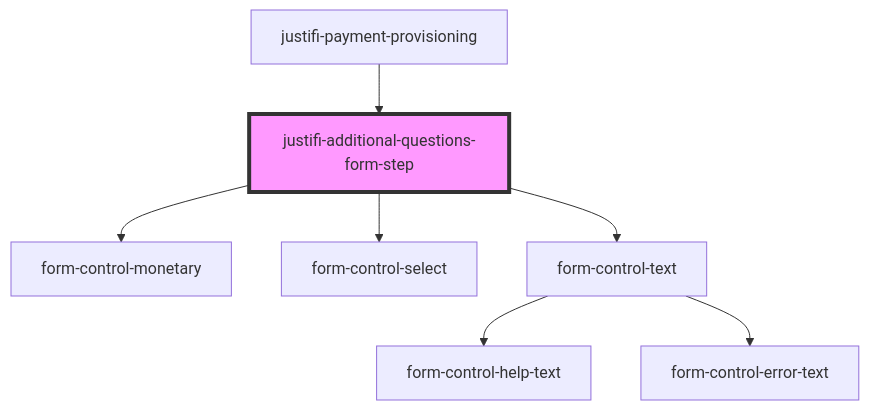
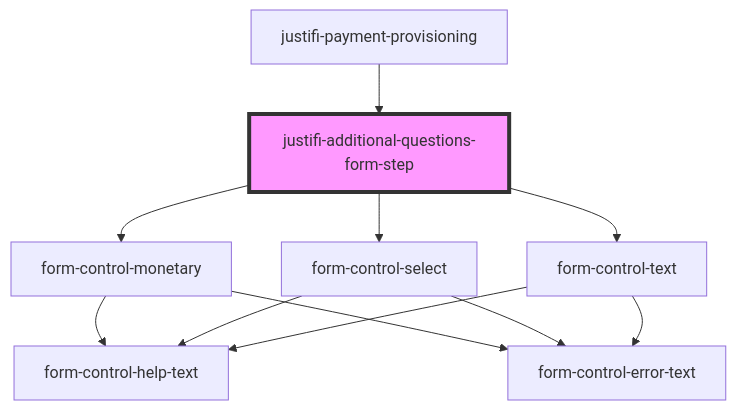
The diagram in packages/webcomponents/src/components/business-forms/payment-provisioning/additional-questions/readme.md (justifi-tech/web-component-library), drawn with Mermaid before and after one commit. The commit also changed 13 other files, not shown here.

````diff
--- a/packages/webcomponents/src/components/business-forms/payment-provisioning/additional-questions/readme.md
+++ b/packages/webcomponents/src/components/business-forms/payment-provisioning/additional-questions/readme.md
@@ -58,10 +58,14 @@
 ```mermaid
 graph TD;
   justifi-additional-questions-form-step --> form-control-monetary
   justifi-additional-questions-form-step --> form-control-select
   justifi-additional-questions-form-step --> form-control-text
+  form-control-monetary --> form-control-help-text
+  form-control-monetary --> form-control-error-text
+  form-control-select --> form-control-help-text
+  form-control-select --> form-control-error-text
   form-control-text --> form-control-help-text
   form-control-text --> form-control-error-text
   justifi-payment-provisioning --> justifi-additional-questions-form-step
   style justifi-additional-questions-form-step fill:#f9f,stroke:#333,stroke-width:4px
 ```
````
